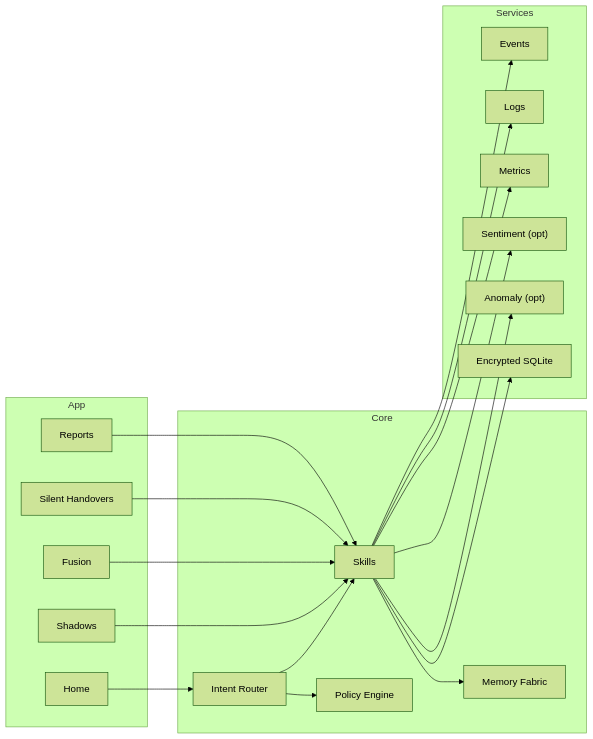
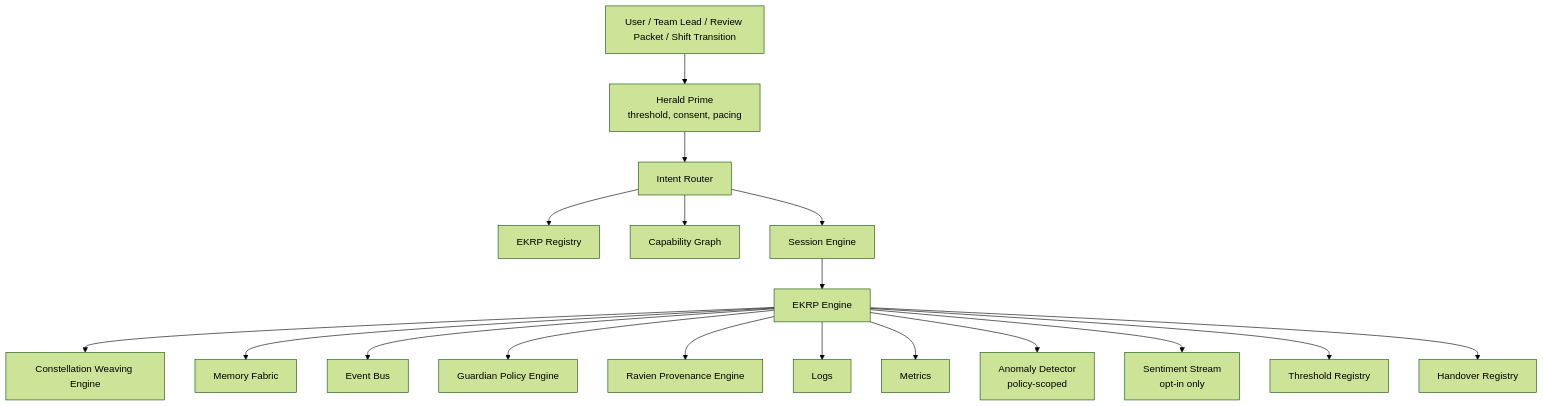
One commit to S1ngularD2ality/eidonic-language-elol changed the diagram in docs/ekrps/umbral_warden/README.md. Above: the diagram before and after it, drawn with Mermaid (forest theme). The commit also changed other lines of this file, not shown here.

````diff
--- a/docs/ekrps/umbral_warden/README.md
+++ b/docs/ekrps/umbral_warden/README.md
@@ -74,40 +201,41 @@
 ```mermaid
-flowchart LR
-  subgraph App
-    HM["Home"]
-    SHD["Shadows"]
-    FUS["Fusion"]
-    HND["Silent Handovers"]
-    REP["Reports"]
-  end
+flowchart TD
 
-  subgraph Core
+    UI["User / Team Lead / Review Packet / Shift Transition"]
+    HP["Herald Prime<br/>threshold, consent, pacing"]
     IR["Intent Router"]
-    SK["Skills"]
+    ER["EKRP Registry"]
+    CG["Capability Graph"]
+    SE["Session Engine"]
+    EKE["EKRP Engine"]
+    CWE["Constellation Weaving Engine"]
+    EB["Event Bus"]
     MF["Memory Fabric"]
-    PE["Policy Engine"]
-  end
+    GPE["Guardian Policy Engine"]
+    RPE["Ravien Provenance Engine"]
 
-  subgraph Services
-    EV["Events"]
     LG["Logs"]
     MX["Metrics"]
-    ST["Sentiment (opt)"]
-    AN["Anomaly (opt)"]
-    DB["Encrypted SQLite"]
-  end
+    AN["Anomaly Detector<br/>policy-scoped"]
+    ST["Sentiment Stream<br/>opt-in only"]
+    TH["Threshold Registry"]
+    HD["Handover Registry"]
 
-  HM --> IR --> SK
-  SHD --> SK
-  FUS --> SK
-  HND --> SK
-  REP --> SK
-  SK --> MF
-  SK --> DB
-  SK --> EV
-  SK --> LG
-  SK --> MX
-  SK --> ST
-  SK --> AN
-  IR --> PE
+    UI --> HP --> IR
+    IR --> ER
+    IR --> CG
+    IR --> SE
+    SE --> EKE
+    EKE --> CWE
+    EKE --> MF
+    EKE --> EB
+    EKE --> GPE
+    EKE --> RPE
+
+    EKE --> LG
+    EKE --> MX
+    EKE --> AN
+    EKE --> ST
+    EKE --> TH
+    EKE --> HD
 ```
````
